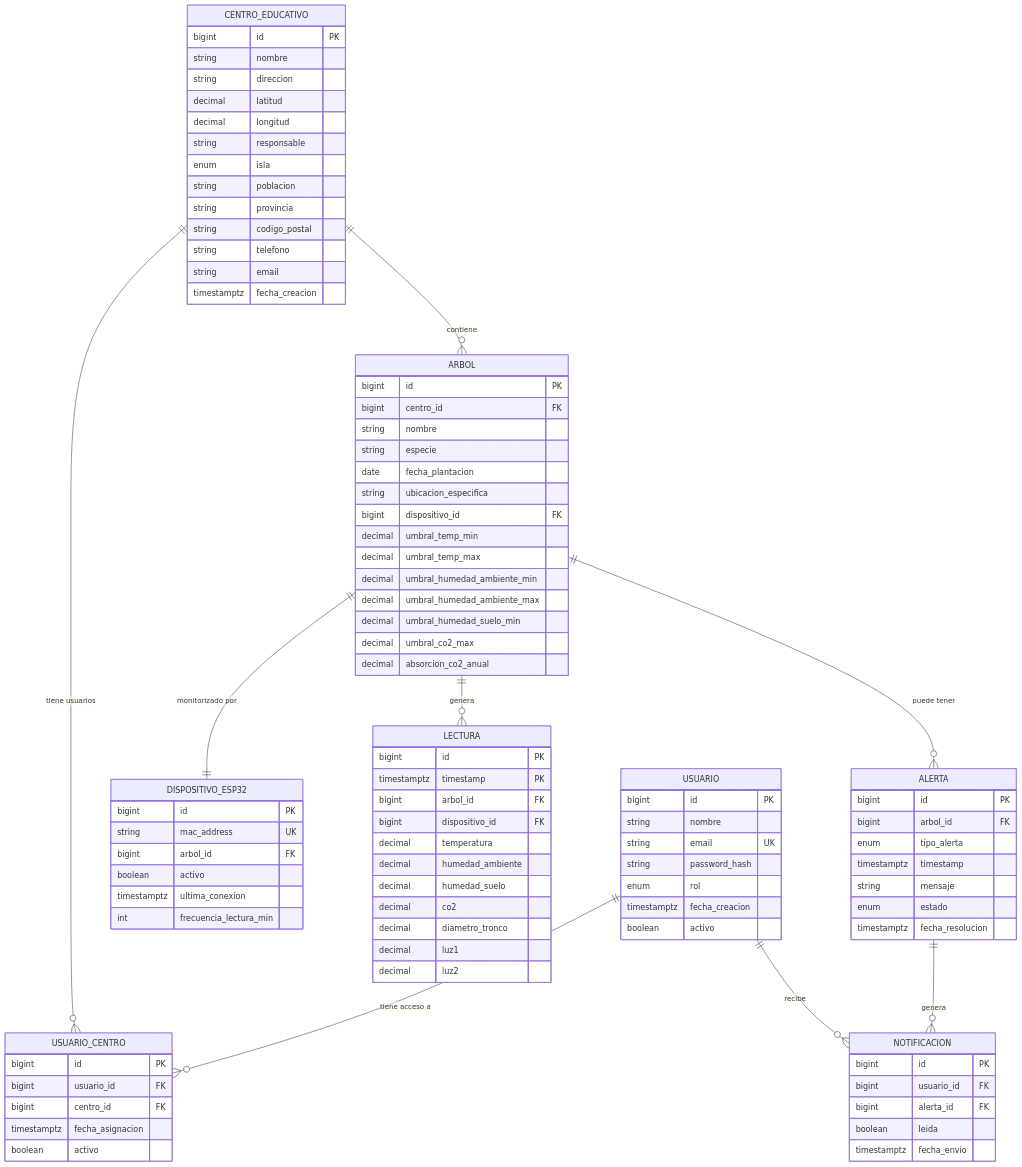
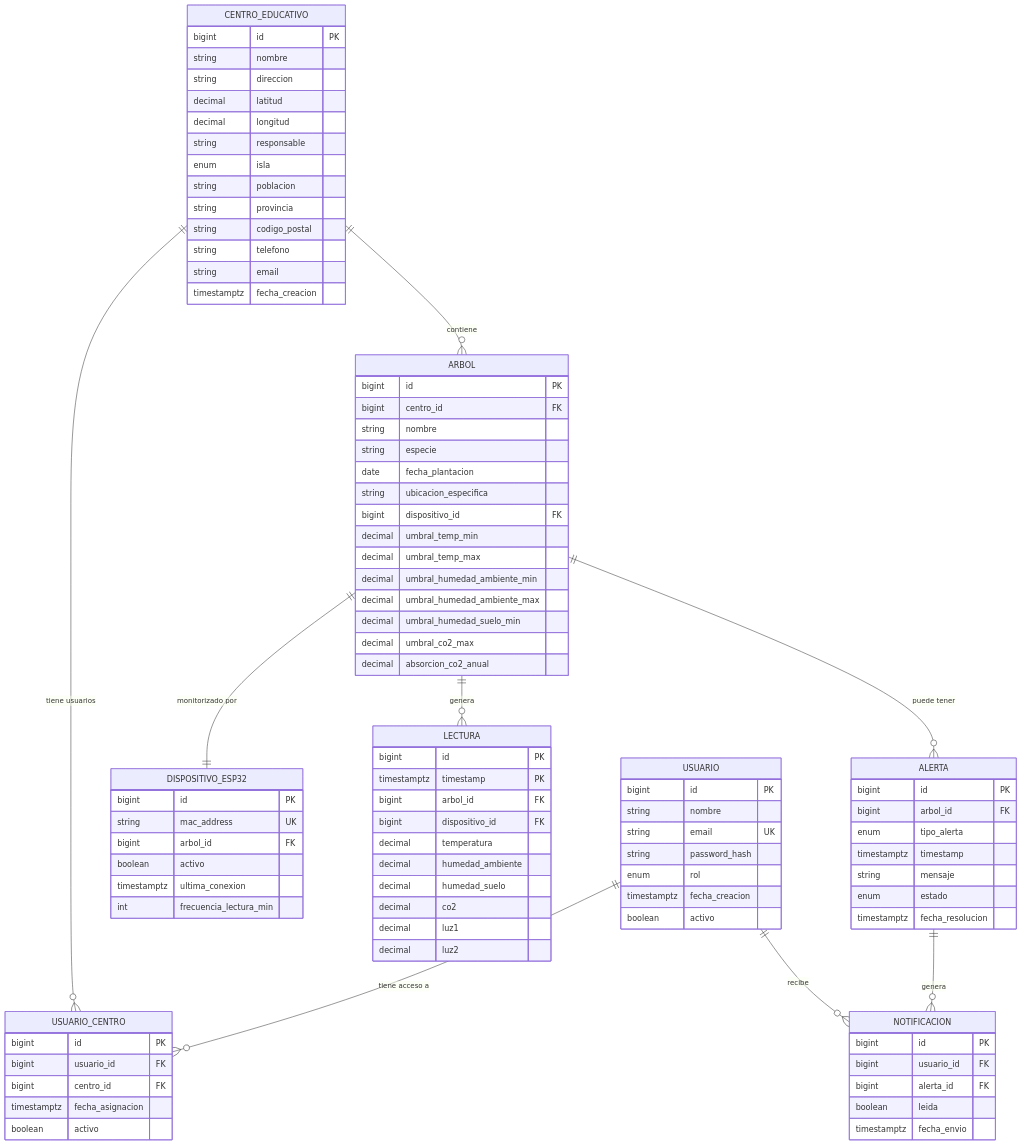
The first of 2 diagrams in docs/04. MODELO_DATOS.md (riordi80/vocational-training-final-project), drawn with Mermaid before and after one commit. The commit also changed other lines of this file and 1 other file, not shown here.

First line of the commit message:
docs: remove diametro_tronco from data model and IoT roadmap

```diff
--- a/docs/04. MODELO_DATOS.md
+++ b/docs/04. MODELO_DATOS.md
@@ -117,7 +117,6 @@
         decimal humedad_ambiente
         decimal humedad_suelo
         decimal co2
-        decimal diametro_tronco
         decimal luz1
         decimal luz2
     }
```
